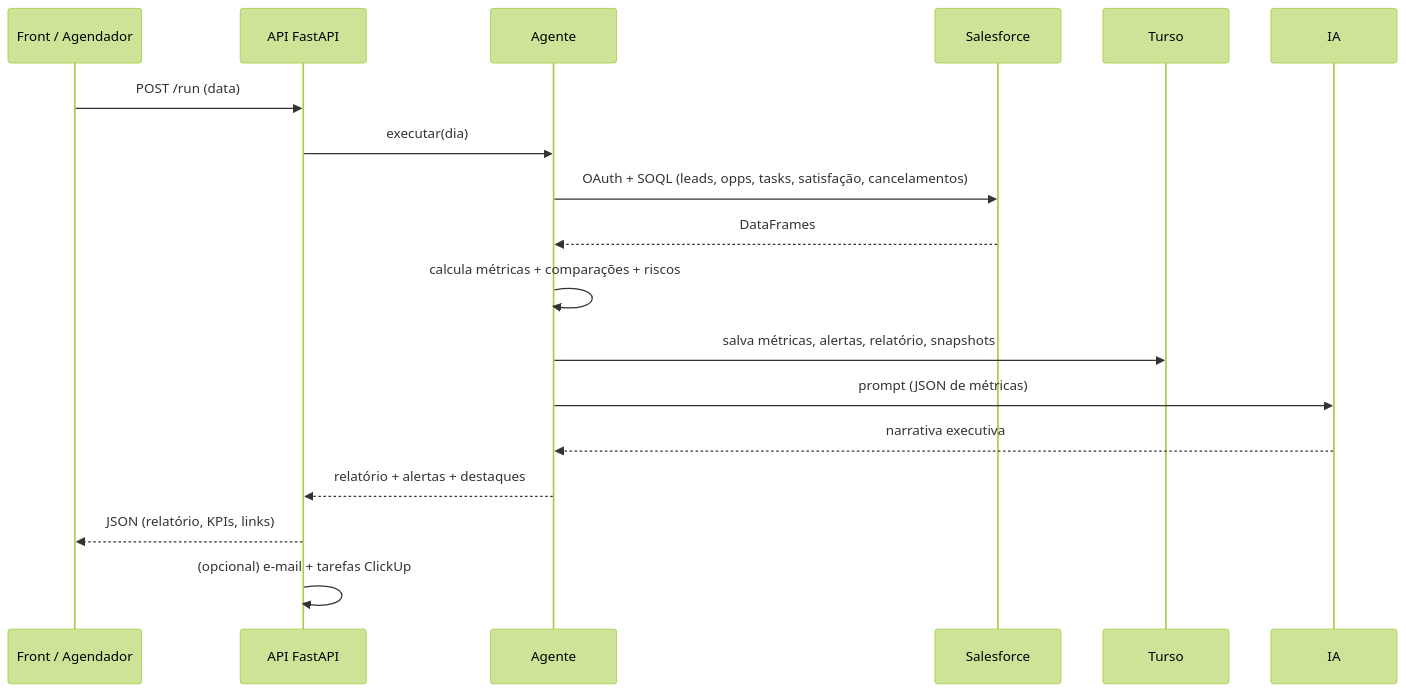
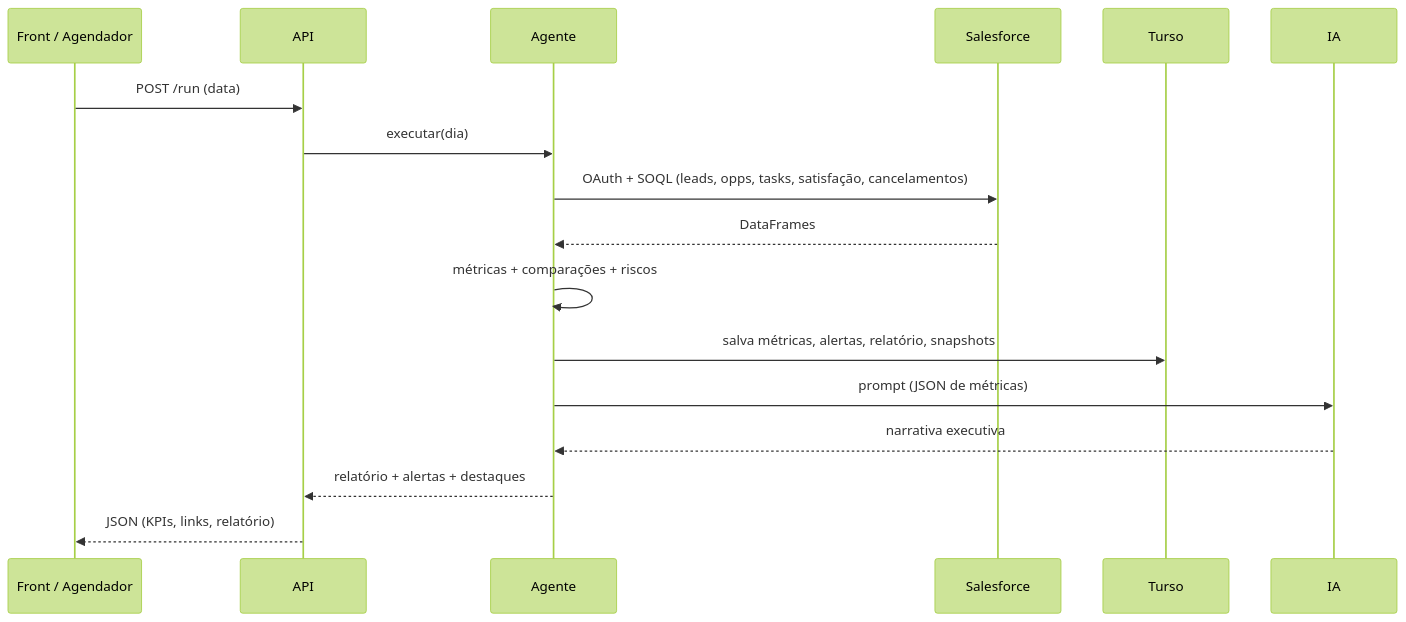
The second of 2 diagrams in README.md (ViniciusKanh/Analytical-SalesForce), drawn with Mermaid (forest theme) before and after one commit. The commit also changed other lines of this file and 3 other files, not shown here.

````diff
--- a/README.md
+++ b/README.md
@@ -114,20 +121,19 @@
 ```mermaid
 sequenceDiagram
     participant F as Front / Agendador
-    participant API as API FastAPI
+    participant API as API
     participant AG as Agente
     participant SF as Salesforce
     participant T as Turso
     participant IA as IA
     F->>API: POST /run (data)
     API->>AG: executar(dia)
     AG->>SF: OAuth + SOQL (leads, opps, tasks, satisfação, cancelamentos)
     SF-->>AG: DataFrames
-    AG->>AG: calcula métricas + comparações + riscos
+    AG->>AG: métricas + comparações + riscos
     AG->>T: salva métricas, alertas, relatório, snapshots
     AG->>IA: prompt (JSON de métricas)
     IA-->>AG: narrativa executiva
     AG-->>API: relatório + alertas + destaques
-    API-->>F: JSON (relatório, KPIs, links)
-    API->>API: (opcional) e-mail + tarefas ClickUp
+    API-->>F: JSON (KPIs, links, relatório)
 ```
````
